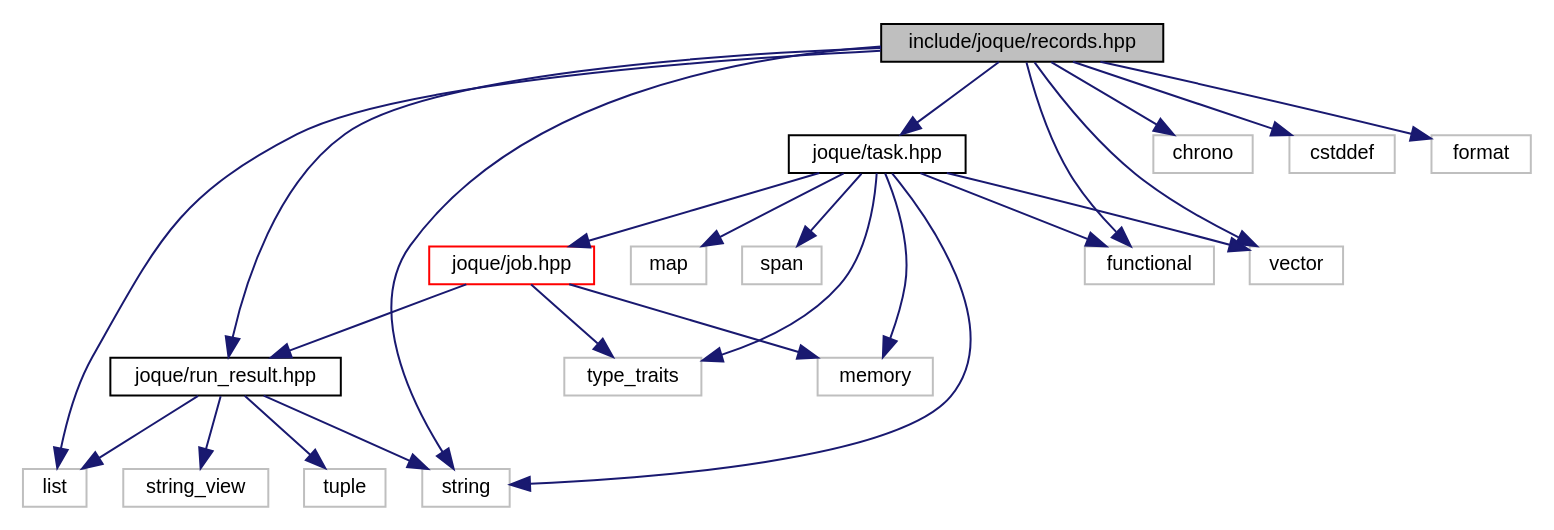
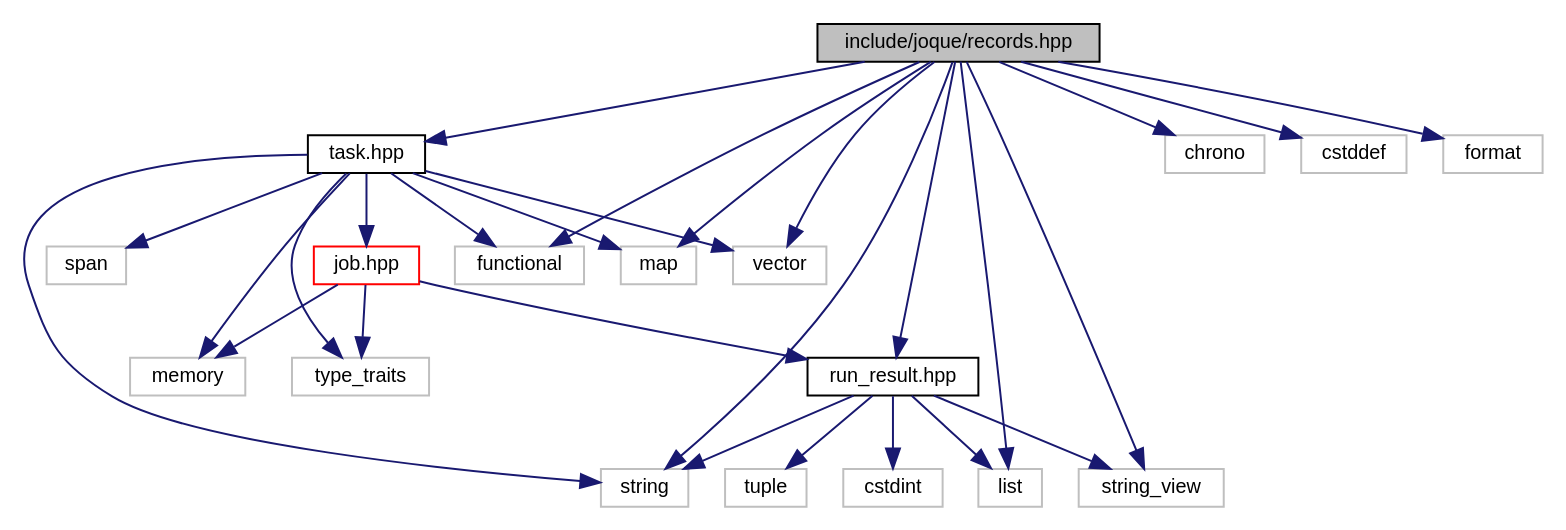
The diagram in records_8hpp__incl.dot (koniarik/joque), drawn with Graphviz before and after one commit. The commit also changed 169 other files, not shown here.

```diff
--- a/records_8hpp__incl.dot
+++ b/records_8hpp__incl.dot
@@ -1,47 +1,51 @@
 digraph "include/joque/records.hpp"
 {
  // LATEX_PDF_SIZE
   edge [fontname="Helvetica",fontsize="10",labelfontname="Helvetica",labelfontsize="10"];
   node [fontname="Helvetica",fontsize="10",shape=record];
   Node1 [label="include/joque/records.hpp",height=0.2,width=0.4,color="black", fillcolor="grey75", style="filled", fontcolor="black",tooltip=" "];
   Node1 -> Node2 [color="midnightblue",fontsize="10",style="solid",fontname="Helvetica"];
-  Node2 [label="joque/run_result.hpp",height=0.2,width=0.4,color="black", fillcolor="white", style="filled",URL="$run__result_8hpp.html",tooltip=" "];
+  Node2 [label="run_result.hpp",height=0.2,width=0.4,color="black", fillcolor="white", style="filled",URL="$run__result_8hpp.html",tooltip=" "];
   Node2 -> Node3 [color="midnightblue",fontsize="10",style="solid",fontname="Helvetica"];
-  Node3 [label="list",height=0.2,width=0.4,color="grey75", fillcolor="white", style="filled",tooltip=" "];
+  Node3 [label="cstdint",height=0.2,width=0.4,color="grey75", fillcolor="white", style="filled",tooltip=" "];
   Node2 -> Node4 [color="midnightblue",fontsize="10",style="solid",fontname="Helvetica"];
-  Node4 [label="string",height=0.2,width=0.4,color="grey75", fillcolor="white", style="filled",tooltip=" "];
+  Node4 [label="list",height=0.2,width=0.4,color="grey75", fillcolor="white", style="filled",tooltip=" "];
   Node2 -> Node5 [color="midnightblue",fontsize="10",style="solid",fontname="Helvetica"];
-  Node5 [label="string_view",height=0.2,width=0.4,color="grey75", fillcolor="white", style="filled",tooltip=" "];
+  Node5 [label="string",height=0.2,width=0.4,color="grey75", fillcolor="white", style="filled",tooltip=" "];
   Node2 -> Node6 [color="midnightblue",fontsize="10",style="solid",fontname="Helvetica"];
-  Node6 [label="tuple",height=0.2,width=0.4,color="grey75", fillcolor="white", style="filled",tooltip=" "];
-  Node1 -> Node7 [color="midnightblue",fontsize="10",style="solid",fontname="Helvetica"];
-  Node7 [label="joque/task.hpp",height=0.2,width=0.4,color="black", fillcolor="white", style="filled",URL="$task_8hpp.html",tooltip=" "];
-  Node7 -> Node8 [color="midnightblue",fontsize="10",style="solid",fontname="Helvetica"];
-  Node8 [label="joque/job.hpp",height=0.2,width=0.4,color="red", fillcolor="white", style="filled",URL="$job_8hpp.html",tooltip=" "];
-  Node8 -> Node2 [color="midnightblue",fontsize="10",style="solid",fontname="Helvetica"];
-  Node8 -> Node10 [color="midnightblue",fontsize="10",style="solid",fontname="Helvetica"];
-  Node10 [label="memory",height=0.2,width=0.4,color="grey75", fillcolor="white", style="filled",tooltip=" "];
+  Node6 [label="string_view",height=0.2,width=0.4,color="grey75", fillcolor="white", style="filled",tooltip=" "];
+  Node2 -> Node7 [color="midnightblue",fontsize="10",style="solid",fontname="Helvetica"];
+  Node7 [label="tuple",height=0.2,width=0.4,color="grey75", fillcolor="white", style="filled",tooltip=" "];
+  Node1 -> Node8 [color="midnightblue",fontsize="10",style="solid",fontname="Helvetica"];
+  Node8 [label="task.hpp",height=0.2,width=0.4,color="black", fillcolor="white", style="filled",URL="$task_8hpp.html",tooltip=" "];
+  Node8 -> Node9 [color="midnightblue",fontsize="10",style="solid",fontname="Helvetica"];
+  Node9 [label="job.hpp",height=0.2,width=0.4,color="red", fillcolor="white", style="filled",URL="$job_8hpp.html",tooltip=" "];
+  Node9 -> Node2 [color="midnightblue",fontsize="10",style="solid",fontname="Helvetica"];
+  Node9 -> Node11 [color="midnightblue",fontsize="10",style="solid",fontname="Helvetica"];
+  Node11 [label="memory",height=0.2,width=0.4,color="grey75", fillcolor="white", style="filled",tooltip=" "];
+  Node9 -> Node12 [color="midnightblue",fontsize="10",style="solid",fontname="Helvetica"];
+  Node12 [label="type_traits",height=0.2,width=0.4,color="grey75", fillcolor="white", style="filled",tooltip=" "];
+  Node8 -> Node13 [color="midnightblue",fontsize="10",style="solid",fontname="Helvetica"];
+  Node13 [label="functional",height=0.2,width=0.4,color="grey75", fillcolor="white", style="filled",tooltip=" "];
+  Node8 -> Node14 [color="midnightblue",fontsize="10",style="solid",fontname="Helvetica"];
+  Node14 [label="map",height=0.2,width=0.4,color="grey75", fillcolor="white", style="filled",tooltip=" "];
   Node8 -> Node11 [color="midnightblue",fontsize="10",style="solid",fontname="Helvetica"];
-  Node11 [label="type_traits",height=0.2,width=0.4,color="grey75", fillcolor="white", style="filled",tooltip=" "];
-  Node7 -> Node12 [color="midnightblue",fontsize="10",style="solid",fontname="Helvetica"];
-  Node12 [label="functional",height=0.2,width=0.4,color="grey75", fillcolor="white", style="filled",tooltip=" "];
-  Node7 -> Node13 [color="midnightblue",fontsize="10",style="solid",fontname="Helvetica"];
-  Node13 [label="map",height=0.2,width=0.4,color="grey75", fillcolor="white", style="filled",tooltip=" "];
-  Node7 -> Node10 [color="midnightblue",fontsize="10",style="solid",fontname="Helvetica"];
-  Node7 -> Node14 [color="midnightblue",fontsize="10",style="solid",fontname="Helvetica"];
-  Node14 [label="span",height=0.2,width=0.4,color="grey75", fillcolor="white", style="filled",tooltip=" "];
-  Node7 -> Node4 [color="midnightblue",fontsize="10",style="solid",fontname="Helvetica"];
-  Node7 -> Node11 [color="midnightblue",fontsize="10",style="solid",fontname="Helvetica"];
-  Node7 -> Node15 [color="midnightblue",fontsize="10",style="solid",fontname="Helvetica"];
-  Node15 [label="vector",height=0.2,width=0.4,color="grey75", fillcolor="white", style="filled",tooltip=" "];
+  Node8 -> Node15 [color="midnightblue",fontsize="10",style="solid",fontname="Helvetica"];
+  Node15 [label="span",height=0.2,width=0.4,color="grey75", fillcolor="white", style="filled",tooltip=" "];
+  Node8 -> Node5 [color="midnightblue",fontsize="10",style="solid",fontname="Helvetica"];
+  Node8 -> Node12 [color="midnightblue",fontsize="10",style="solid",fontname="Helvetica"];
+  Node8 -> Node16 [color="midnightblue",fontsize="10",style="solid",fontname="Helvetica"];
+  Node16 [label="vector",height=0.2,width=0.4,color="grey75", fillcolor="white", style="filled",tooltip=" "];
+  Node1 -> Node17 [color="midnightblue",fontsize="10",style="solid",fontname="Helvetica"];
+  Node17 [label="chrono",height=0.2,width=0.4,color="grey75", fillcolor="white", style="filled",tooltip=" "];
+  Node1 -> Node18 [color="midnightblue",fontsize="10",style="solid",fontname="Helvetica"];
+  Node18 [label="cstddef",height=0.2,width=0.4,color="grey75", fillcolor="white", style="filled",tooltip=" "];
+  Node1 -> Node19 [color="midnightblue",fontsize="10",style="solid",fontname="Helvetica"];
+  Node19 [label="format",height=0.2,width=0.4,color="grey75", fillcolor="white", style="filled",tooltip=" "];
+  Node1 -> Node13 [color="midnightblue",fontsize="10",style="solid",fontname="Helvetica"];
+  Node1 -> Node4 [color="midnightblue",fontsize="10",style="solid",fontname="Helvetica"];
+  Node1 -> Node14 [color="midnightblue",fontsize="10",style="solid",fontname="Helvetica"];
+  Node1 -> Node5 [color="midnightblue",fontsize="10",style="solid",fontname="Helvetica"];
+  Node1 -> Node6 [color="midnightblue",fontsize="10",style="solid",fontname="Helvetica"];
   Node1 -> Node16 [color="midnightblue",fontsize="10",style="solid",fontname="Helvetica"];
-  Node16 [label="chrono",height=0.2,width=0.4,color="grey75", fillcolor="white", style="filled",tooltip=" "];
-  Node1 -> Node17 [color="midnightblue",fontsize="10",style="solid",fontname="Helvetica"];
-  Node17 [label="cstddef",height=0.2,width=0.4,color="grey75", fillcolor="white", style="filled",tooltip=" "];
-  Node1 -> Node18 [color="midnightblue",fontsize="10",style="solid",fontname="Helvetica"];
-  Node18 [label="format",height=0.2,width=0.4,color="grey75", fillcolor="white", style="filled",tooltip=" "];
-  Node1 -> Node12 [color="midnightblue",fontsize="10",style="solid",fontname="Helvetica"];
-  Node1 -> Node3 [color="midnightblue",fontsize="10",style="solid",fontname="Helvetica"];
-  Node1 -> Node4 [color="midnightblue",fontsize="10",style="solid",fontname="Helvetica"];
-  Node1 -> Node15 [color="midnightblue",fontsize="10",style="solid",fontname="Helvetica"];
 }
```
